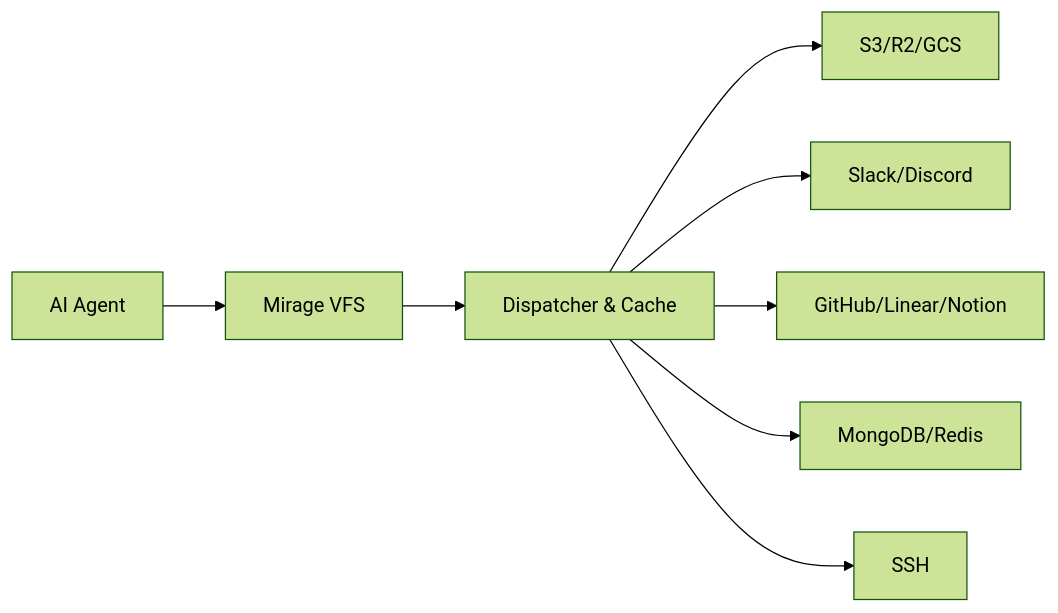
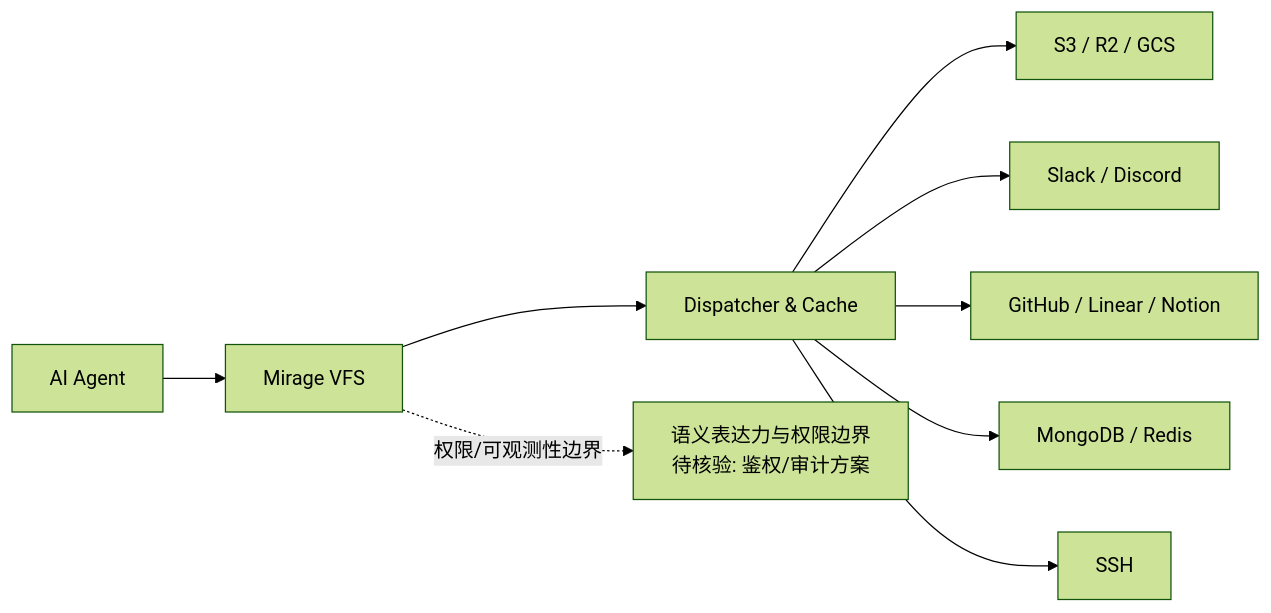
The diagram in projects/mirage.md (aiutil/github-researcher), drawn with Mermaid (forest theme) before and after one commit. The commit also changed other lines of this file and 939 other files, not shown here.

Commit message:
feat: add architect briefs and Mermaid project maps

````diff
--- a/projects/mirage.md
+++ b/projects/mirage.md
@@ -54,10 +67,11 @@
 ```mermaid
-graph LR
+flowchart LR
     Agent[AI Agent] --> Mirage[Mirage VFS]
     Mirage --> Dispatcher[Dispatcher & Cache]
-    Dispatcher --> S3[S3/R2/GCS]
-    Dispatcher --> Slack[Slack/Discord]
-    Dispatcher --> GitHub[GitHub/Linear/Notion]
-    Dispatcher --> DB[MongoDB/Redis]
+    Dispatcher --> S3[S3 / R2 / GCS]
+    Dispatcher --> Slack[Slack / Discord]
+    Dispatcher --> GitHub[GitHub / Linear / Notion]
+    Dispatcher --> DB[MongoDB / Redis]
     Dispatcher --> SSH[SSH]
+    Mirage -.权限/可观测性边界.-> Risk[语义表达力与权限边界<br/>待核验: 鉴权/审计方案]
 ```
````
